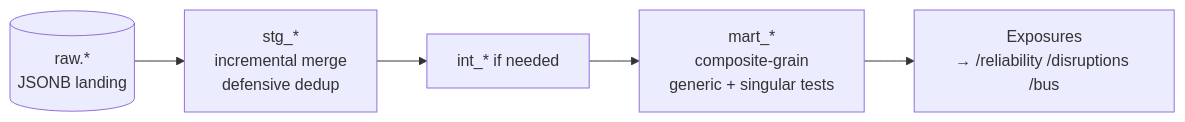
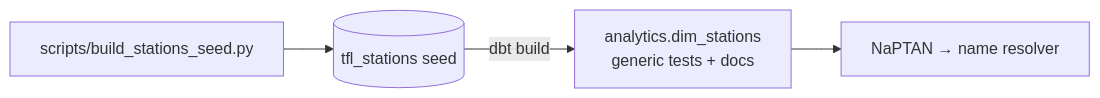
Before and after one commit to hcslomeu/tfl-monitor: the third of 4 diagrams in docs/engineering.md, drawn with Mermaid. The commit also changed other lines of this file and 15 other files, not shown here.

First line of the commit message:
docs: sync mkdocs site with live-proxy architecture (TM-35) (#131)

````diff
--- a/docs/engineering.md
+++ b/docs/engineering.md
@@ -83,7 +77,6 @@
 ```mermaid
 graph LR
-    raw[(raw.*<br/>JSONB landing)] --> stg[stg_*<br/>incremental merge<br/>defensive dedup]
-    stg --> ints[int_* if needed]
-    ints --> marts[mart_*<br/>composite-grain<br/>generic + singular tests]
-    marts --> exposures[Exposures<br/>→ /reliability /disruptions /bus]
+    script[scripts/build_stations_seed.py] --> seed[(tfl_stations seed)]
+    seed -->|dbt build| dim[analytics.dim_stations<br/>generic tests + docs]
+    dim --> resolver[NaPTAN → name resolver]
 ```
````
